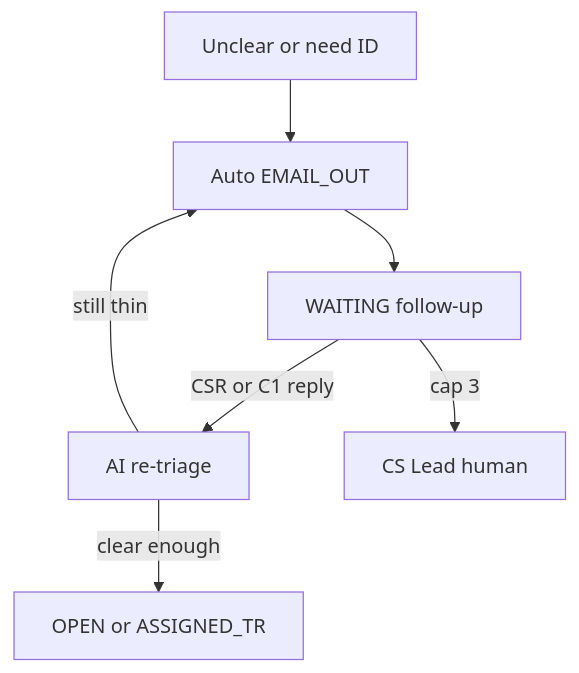
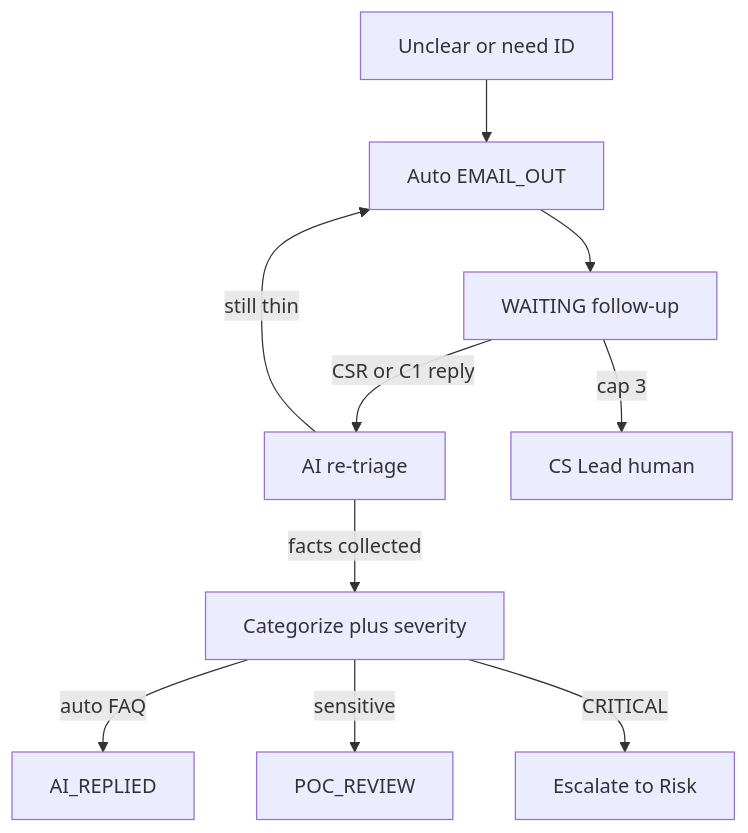
Diagram 11 of 15 in platform/docs/USER_GUIDE.md (hxyan2020/PRD), drawn with Mermaid before and after one commit. The commit also changed other lines of this file and 39 other files, not shown here.

First line of the commit message:
Add CS/TR categorize, severity, AI solution and POC review after collected facts.

````diff
--- a/platform/docs/USER_GUIDE.md
+++ b/platform/docs/USER_GUIDE.md
@@ -605,9 +605,12 @@
 ```mermaid
 graph TD
   Thin[Unclear or need ID] --> Mail[Auto EMAIL_OUT]
   Mail --> Wait[WAITING follow-up]
   Wait -->|CSR or C1 reply| Again[AI re-triage]
   Wait -->|cap 3| Lead[CS Lead human]
   Again -->|still thin| Mail
-  Again -->|clear enough| Open[OPEN or ASSIGNED_TR]
+  Again -->|facts collected| Analyze[Categorize plus severity]
+  Analyze -->|auto FAQ| Replied[AI_REPLIED]
+  Analyze -->|sensitive| Poc[POC_REVIEW]
+  Analyze -->|CRITICAL| Risk[Escalate to Risk]
 ```
````
